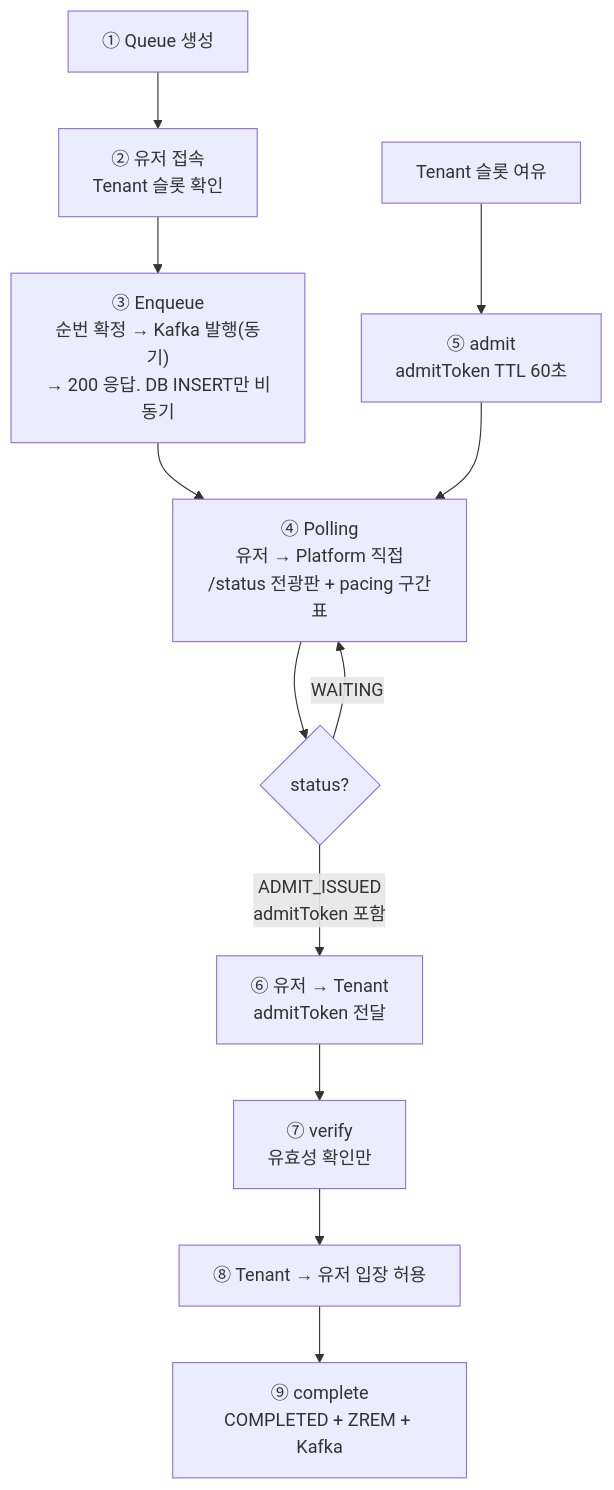
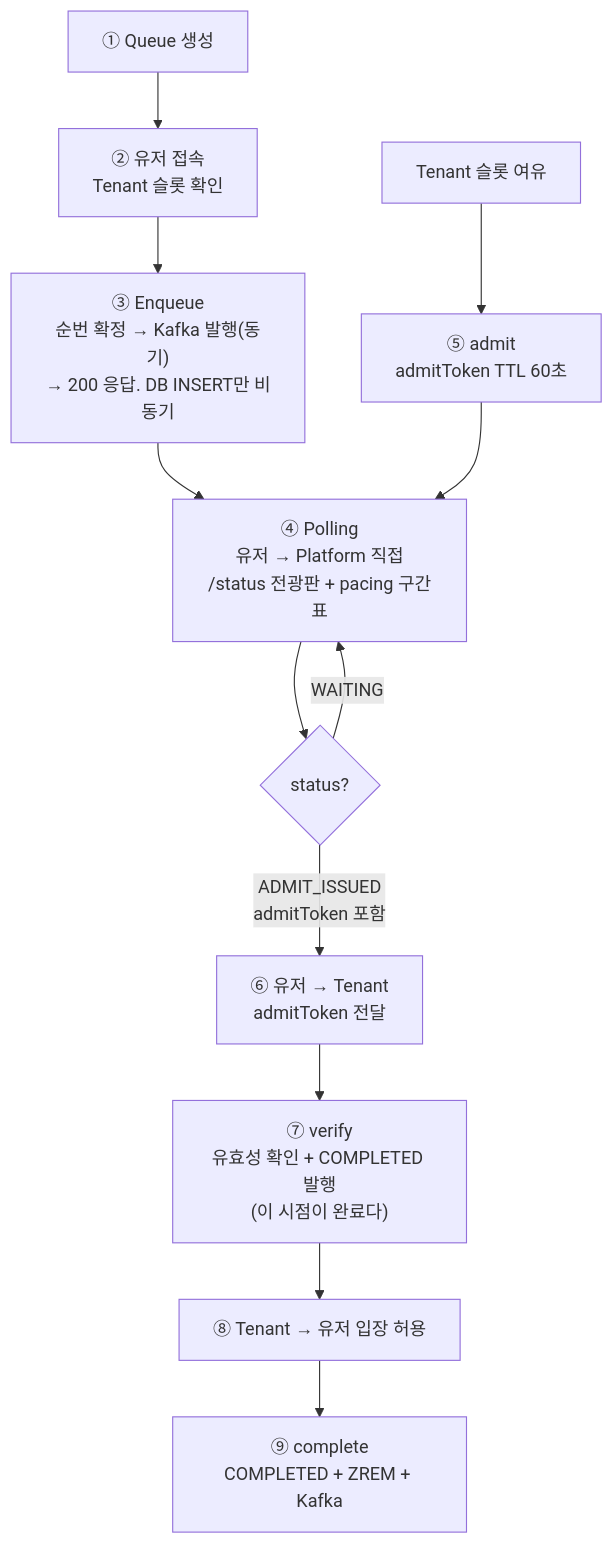
Before and after one commit to S-Onix/queue-platform: the fourth of 4 diagrams in README.md, drawn with Mermaid. The commit also changed other lines of this file and 17 other files, not shown here.

````diff
--- a/README.md
+++ b/README.md
@@ -197,20 +197,20 @@
 ```mermaid
 flowchart TD
     A["① Queue 생성"]
     --> B["② 유저 접속\nTenant 슬롯 확인"]
     --> C["③ Enqueue\n순번 확정 → Kafka 발행(동기)\n→ 200 응답. DB INSERT만 비동기"]
     --> D["④ Polling\n유저 → Platform 직접\n/status 전광판 + pacing 구간표"]
 
     D --> E{"status?"}
     E -- "WAITING" --> D
     E -- "ADMIT_ISSUED\nadmitToken 포함" --> F
 
     F["⑥ 유저 → Tenant\nadmitToken 전달"]
-    --> G["⑦ verify\n유효성 확인만"]
+    --> G["⑦ verify\n유효성 확인 + COMPLETED 발행\n(이 시점이 완료다)"]
     --> H["⑧ Tenant → 유저 입장 허용"]
     --> I["⑨ complete\nCOMPLETED + ZREM + Kafka"]
 
     J["Tenant 슬롯 여유"]
     --> K["⑤ admit\nadmitToken TTL 60초"]
     --> D
 ```
````
